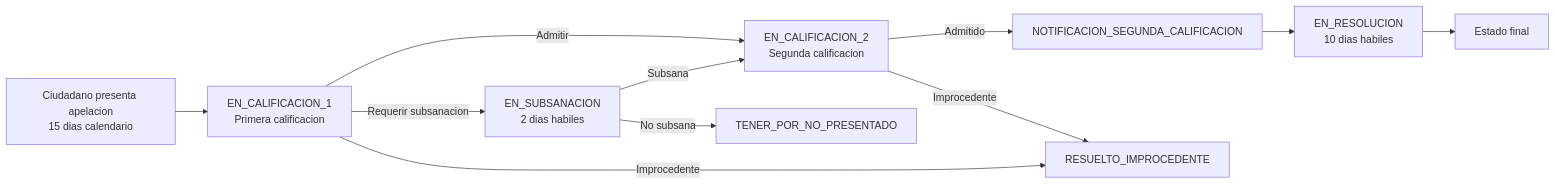
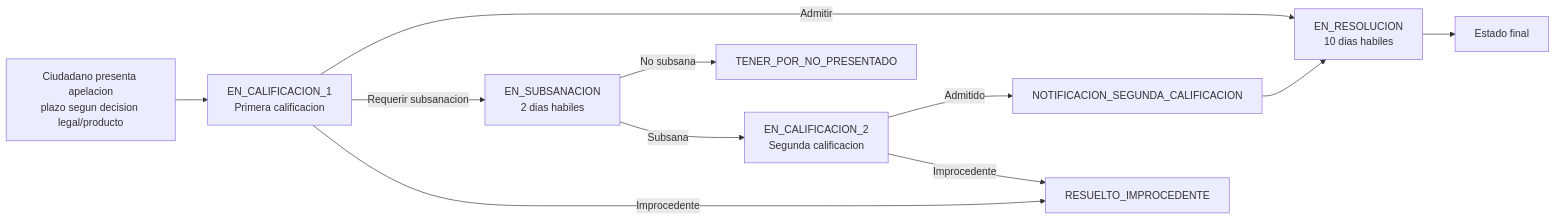
Before and after one commit to transparenciapublicadev/plataforma-saip-apelaciones: the diagram in docs/src/content/docs/dominio/reglas-ttaip.mdx, drawn with Mermaid. The commit also changed other lines of this file and 5 other files, not shown here.

````diff
--- a/docs/src/content/docs/dominio/reglas-ttaip.mdx
+++ b/docs/src/content/docs/dominio/reglas-ttaip.mdx
@@ -16,13 +20,13 @@
 ```mermaid
 flowchart LR
-    A["Ciudadano presenta apelacion\n15 dias calendario"] --> B["EN_CALIFICACION_1\nPrimera calificacion"]
-    B -->|Admitir| C["EN_CALIFICACION_2\nSegunda calificacion"]
+    A["Ciudadano presenta apelacion\nplazo segun decision legal/producto"] --> B["EN_CALIFICACION_1\nPrimera calificacion"]
+    B -->|Admitir| F["EN_RESOLUCION\n10 dias habiles"]
     B -->|Requerir subsanacion| D["EN_SUBSANACION\n2 dias habiles"]
     B -->|Improcedente| X["RESUELTO_IMPROCEDENTE"]
+    D -->|No subsana| Y["TENER_POR_NO_PRESENTADO"]
     D -->|Subsana| C
-    D -->|No subsana| Y["TENER_POR_NO_PRESENTADO"]
-    C -->|Admitido| E["NOTIFICACION_SEGUNDA_CALIFICACION"]
+    C["EN_CALIFICACION_2\nSegunda calificacion"] -->|Admitido| E["NOTIFICACION_SEGUNDA_CALIFICACION"]
     C -->|Improcedente| X
-    E --> F["EN_RESOLUCION\n10 dias habiles"]
+    E --> F
     F --> G["Estado final"]
 ```
````
